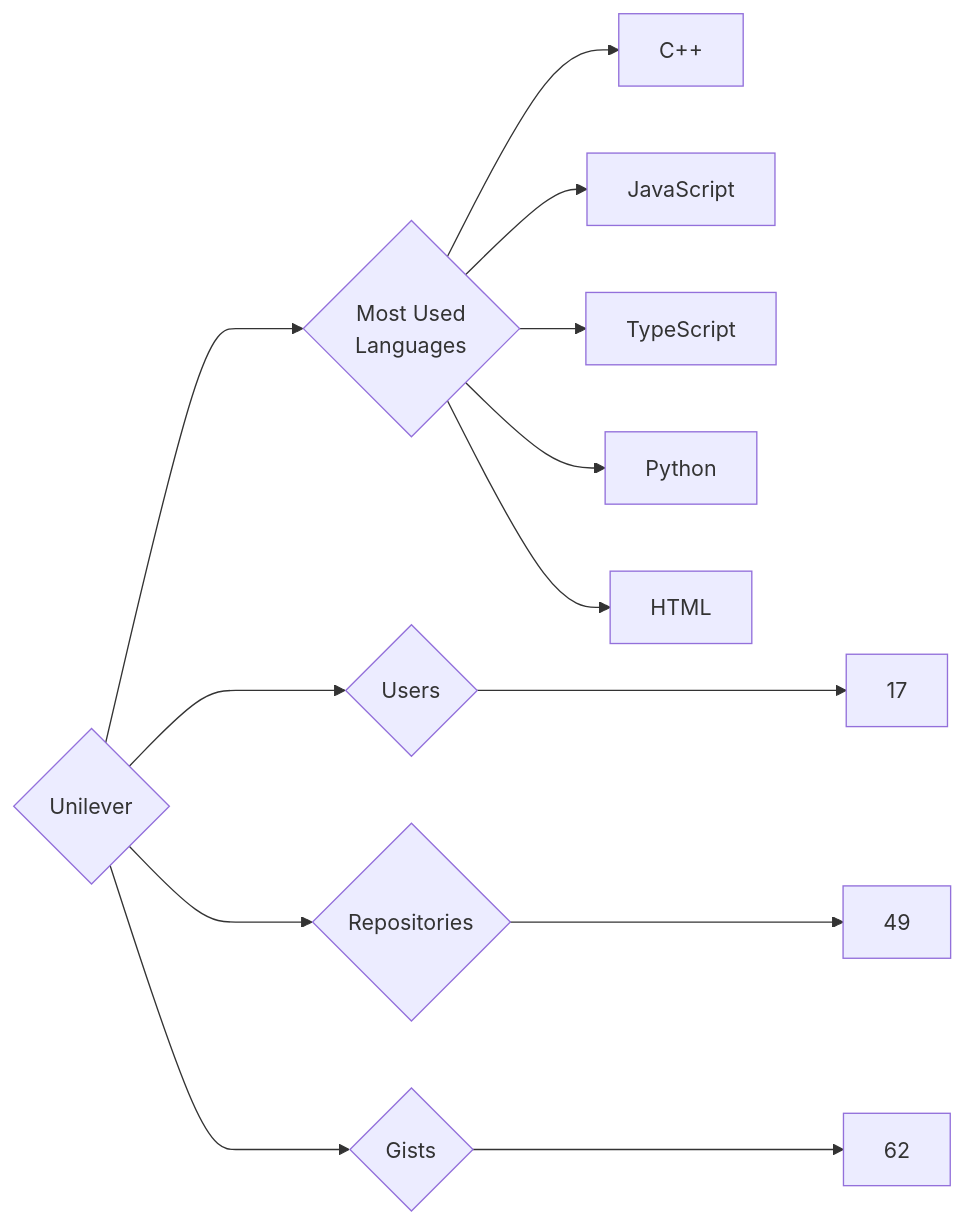
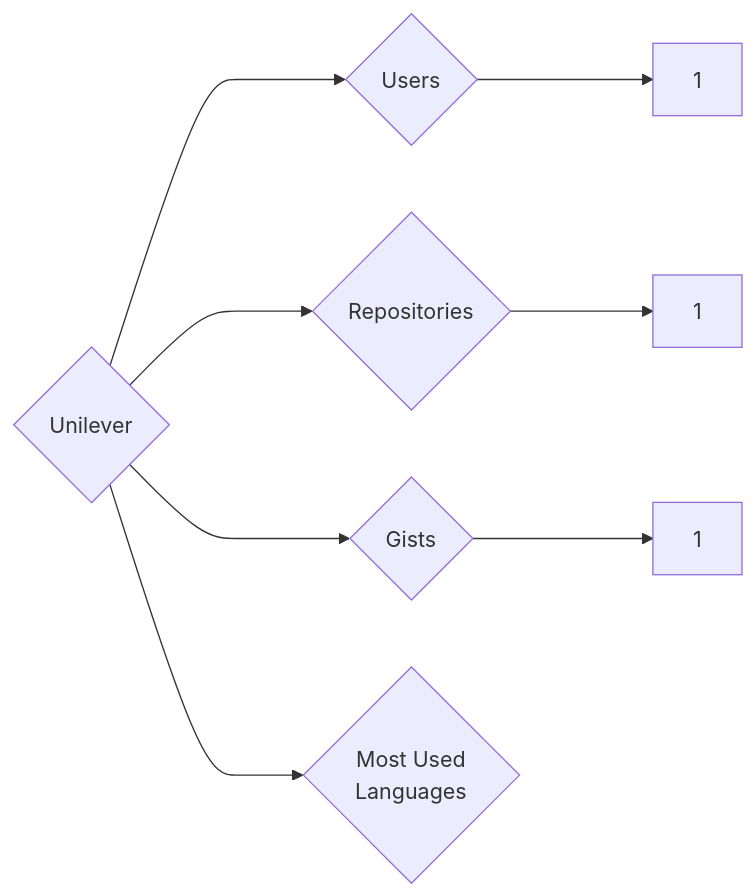
One commit to trickest/insiders changed the diagram in targets/Unilever/README.md. Above: the diagram before and after it, drawn with Mermaid. The commit also changed 851 other files, not shown here.

````diff
--- a/targets/Unilever/README.md
+++ b/targets/Unilever/README.md
@@ -3,13 +3,8 @@
 ```mermaid
 graph LR
 COMPANY_NAME{Unilever}
-COMPANY_NAME ---> U{Users} ---> UN[17]
-COMPANY_NAME ---> R{Repositories} ---> RN[49]
-COMPANY_NAME ---> G{Gists} ---> GN[62]
+COMPANY_NAME ---> U{Users} ---> UN[1]
+COMPANY_NAME ---> R{Repositories} ---> RN[1]
+COMPANY_NAME ---> G{Gists} ---> GN[1]
 COMPANY_NAME ---> ML{Most Used<br>Languages}
-ML --> C++[C++]
-ML --> JavaScript[JavaScript]
-ML --> TypeScript[TypeScript]
-ML --> Python[Python]
-ML --> HTML[HTML]
 ```
````
